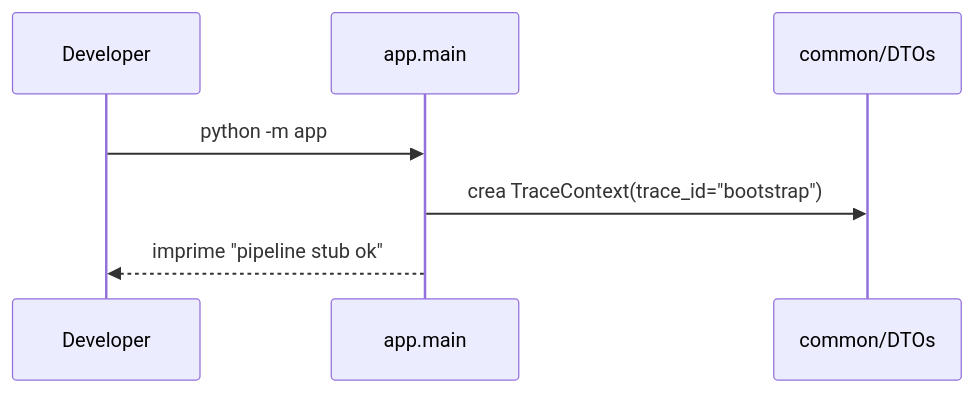
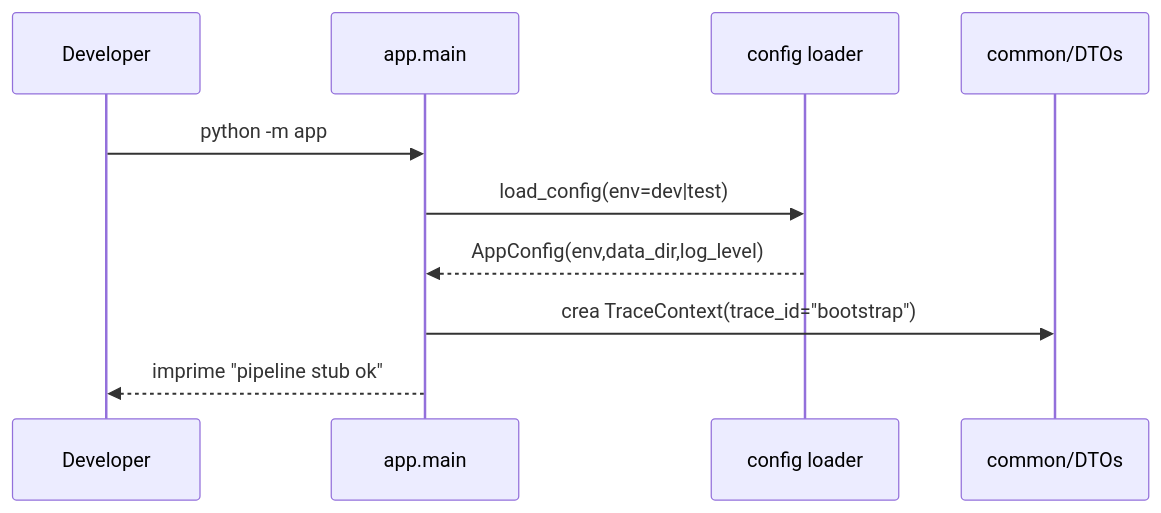
Before and after one commit to oscarlgarcia/MyTraderSystem: the third of 3 diagrams in docs/architecture.md, drawn with Mermaid. The commit also changed other lines of this file and 8 other files, not shown here.

Commit message:
feat: add config loader with env-specific settings

````diff
--- a/docs/architecture.md
+++ b/docs/architecture.md
@@ -118,10 +121,13 @@
 ```mermaid
 sequenceDiagram
   participant Dev as Developer
   participant Main as app.main
+  participant Config as config loader
   participant Common as common/DTOs
 
   Dev->>Main: python -m app
+  Main->>Config: load_config(env=dev|test)
+  Config-->>Main: AppConfig(env,data_dir,log_level)
   Main->>Common: crea TraceContext(trace_id="bootstrap")
   Main-->>Dev: imprime "pipeline stub ok"
 ```
````
